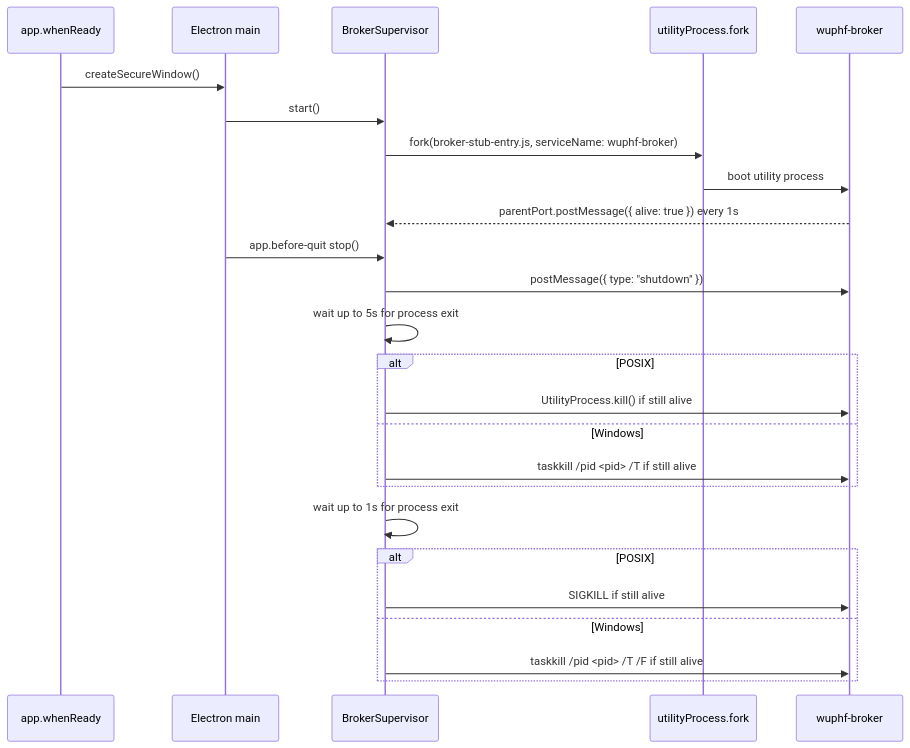
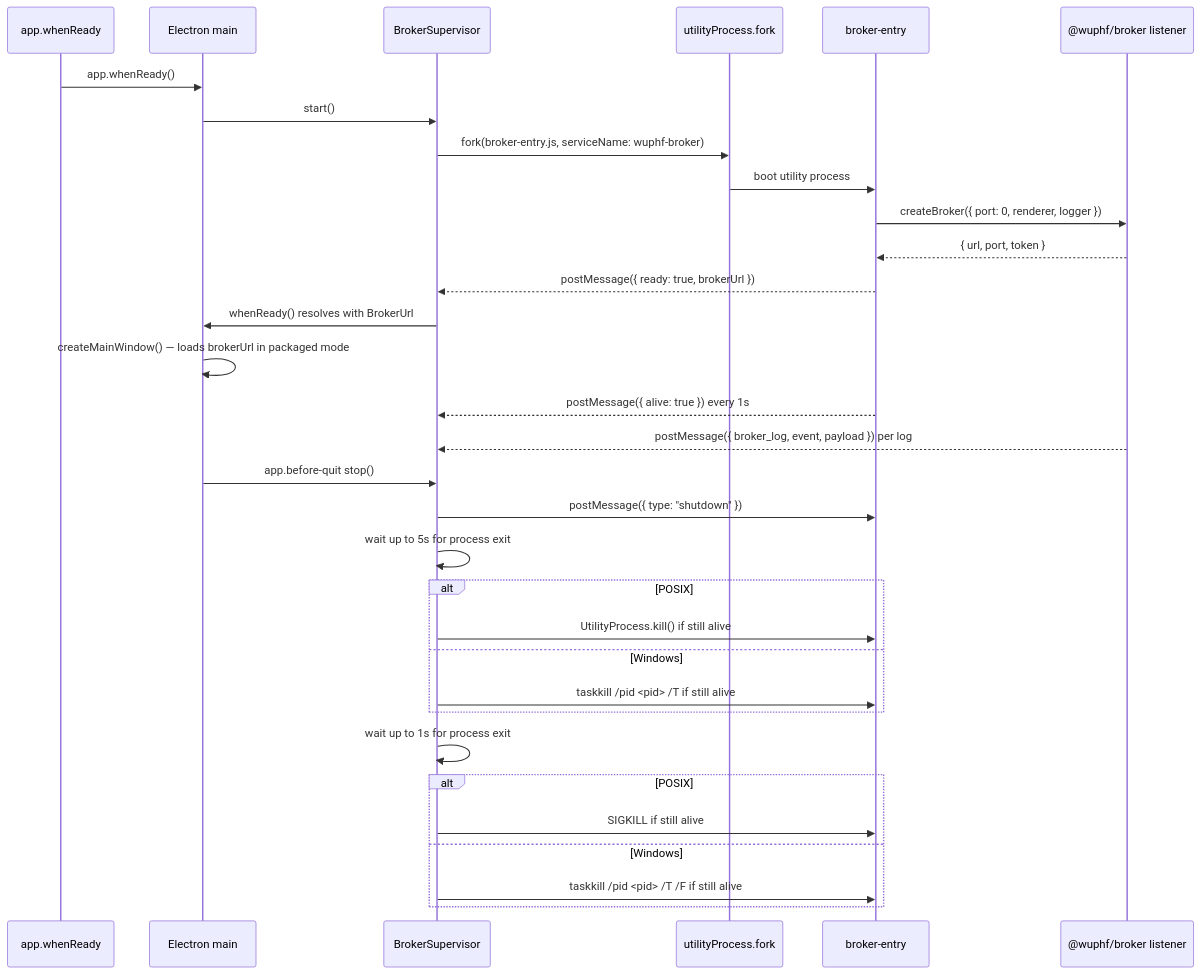
The diagram in apps/desktop/docs/modules/broker-spawn.md (nex-crm/wuphf), drawn with Mermaid before and after one commit. The commit also changed other lines of this file and 47 other files, not shown here.

````diff
--- a/apps/desktop/docs/modules/broker-spawn.md
+++ b/apps/desktop/docs/modules/broker-spawn.md
@@ -8,28 +8,35 @@
 ```mermaid
 sequenceDiagram
   participant App as app.whenReady
   participant Main as Electron main
   participant Supervisor as BrokerSupervisor
   participant Utility as utilityProcess.fork
-  participant Broker as wuphf-broker
+  participant Entry as broker-entry
+  participant Listener as @wuphf/broker listener
 
-  App->>Main: createSecureWindow()
+  App->>Main: app.whenReady()
   Main->>Supervisor: start()
-  Supervisor->>Utility: fork(broker-stub-entry.js, serviceName: wuphf-broker)
-  Utility->>Broker: boot utility process
-  Broker-->>Supervisor: parentPort.postMessage({ alive: true }) every 1s
+  Supervisor->>Utility: fork(broker-entry.js, serviceName: wuphf-broker)
+  Utility->>Entry: boot utility process
+  Entry->>Listener: createBroker({ port: 0, renderer, logger })
+  Listener-->>Entry: { url, port, token }
+  Entry-->>Supervisor: postMessage({ ready: true, brokerUrl })
+  Supervisor->>Main: whenReady() resolves with BrokerUrl
+  Main->>Main: createMainWindow() — loads brokerUrl in packaged mode
+  Entry-->>Supervisor: postMessage({ alive: true }) every 1s
+  Listener-->>Supervisor: postMessage({ broker_log, event, payload }) per log
   Main->>Supervisor: app.before-quit stop()
-  Supervisor->>Broker: postMessage({ type: "shutdown" })
+  Supervisor->>Entry: postMessage({ type: "shutdown" })
   Supervisor->>Supervisor: wait up to 5s for process exit
   alt POSIX
-    Supervisor->>Broker: UtilityProcess.kill() if still alive
+    Supervisor->>Entry: UtilityProcess.kill() if still alive
   else Windows
-    Supervisor->>Broker: taskkill /pid <pid> /T if still alive
+    Supervisor->>Entry: taskkill /pid <pid> /T if still alive
   end
   Supervisor->>Supervisor: wait up to 1s for process exit
   alt POSIX
-    Supervisor->>Broker: SIGKILL if still alive
+    Supervisor->>Entry: SIGKILL if still alive
   else Windows
-    Supervisor->>Broker: taskkill /pid <pid> /T /F if still alive
+    Supervisor->>Entry: taskkill /pid <pid> /T /F if still alive
   end
 ```
````
